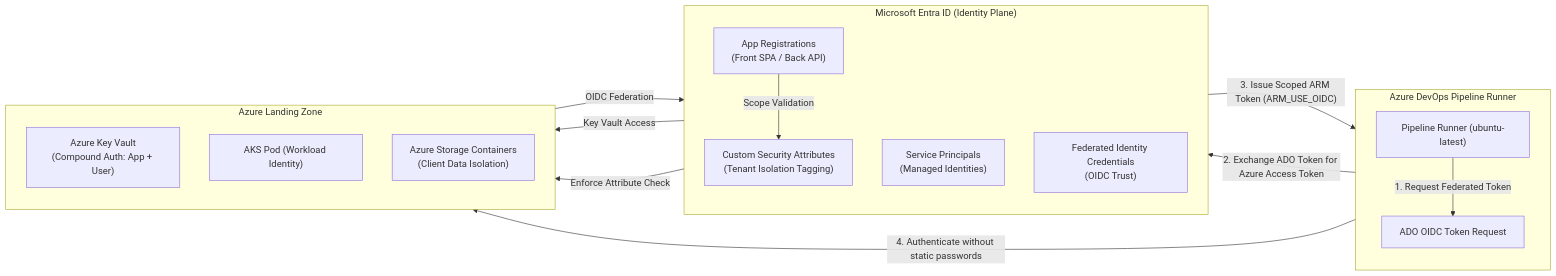
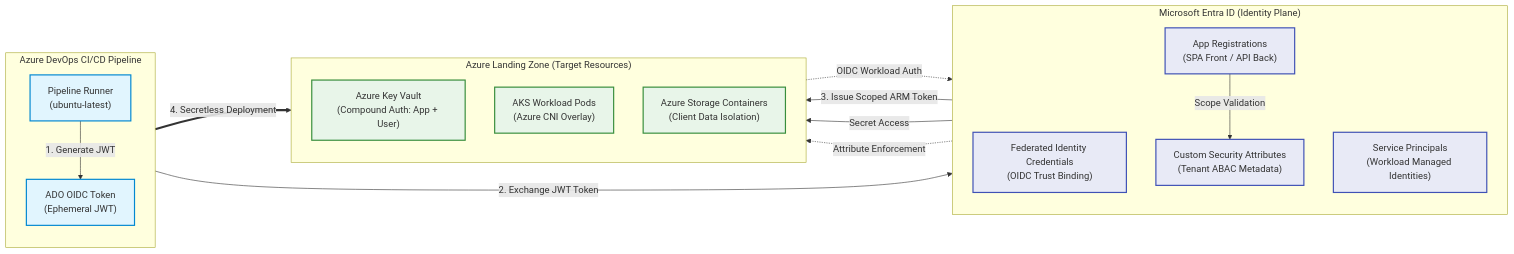
Before and after one commit to nubenetes/terraform-azure-devops-agentic: the fifth of 6 diagrams in README.md, drawn with Mermaid. The commit also changed other lines of this file, not shown here.

Commit message:
docs: resolve text clipping and word cutoffs across all README mermaid diagrams

````diff
--- a/README.md
+++ b/README.md
@@ -581,29 +599,40 @@
 ```mermaid
 flowchart LR
+    classDef entra fill:#e8eaf6,stroke:#3f51b5,stroke-width:2px;
+    classDef ado fill:#e1f5fe,stroke:#0288d1,stroke-width:2px;
+    classDef azure fill:#e8f5e9,stroke:#388e3c,stroke-width:2px;
+
+    subgraph ADO_Pipeline ["Azure DevOps CI/CD Pipeline"]
+        direction TB
+        Agent["Pipeline Runner<br/>(ubuntu-latest)"]
+        OIDCToken["ADO OIDC Token<br/>(Ephemeral JWT)"]
+        Agent -->|"1. Generate JWT"| OIDCToken
+    end
+
     subgraph Entra ["Microsoft Entra ID (Identity Plane)"]
         direction TB
-        AppReg["App Registrations<br/>(Front SPA / Back API)"]
-        SP["Service Principals<br/>(Managed Identities)"]
-        CSA["Custom Security Attributes<br/>(Tenant Isolation Tagging)"]
-        FedCred["Federated Identity Credentials<br/>(OIDC Trust)"]
+        FedCred["Federated Identity Credentials<br/>(OIDC Trust Binding)"]
+        SP["Service Principals<br/>(Workload Managed Identities)"]
+        AppReg["App Registrations<br/>(SPA Front / API Back)"]
+        CSA["Custom Security Attributes<br/>(Tenant ABAC Metadata)"]
+        AppReg -->|"Scope Validation"| CSA
     end
-    subgraph ADO_Pipeline ["Azure DevOps Pipeline Runner"]
-        direction TB
-        Agent["Pipeline Runner (ubuntu-latest)"]
-        OIDCToken["ADO OIDC Token Request"]
-    end
-    subgraph Azure_Resources ["Azure Landing Zone"]
+
+    subgraph Azure_Resources ["Azure Landing Zone (Target Resources)"]
         direction TB
         AKV["Azure Key Vault<br/>(Compound Auth: App + User)"]
-        AKS_Pod["AKS Pod (Workload Identity)"]
+        AKS_Pod["AKS Workload Pods<br/>(Azure CNI Overlay)"]
         Blob["Azure Storage Containers<br/>(Client Data Isolation)"]
     end
-    Agent -->|1. Request Federated Token| OIDCToken
-    OIDCToken -->|2. Exchange ADO Token for Azure Access Token| FedCred
-    FedCred -->|"3. Issue Scoped ARM Token (ARM_USE_OIDC)"| Agent
-    Agent -->|4. Authenticate without static passwords| AKV
-    AKS_Pod -->|OIDC Federation| SP
-    SP -->|Key Vault Access| AKV
-    AppReg -->|Scope Validation| CSA
-    CSA -->|Enforce Attribute Check| Blob
+
+    OIDCToken -->|"2. Exchange JWT Token"| FedCred
+    FedCred -->|"3. Issue Scoped ARM Token"| AKV
+    Agent ==>|"4. Secretless Deployment"| AKV
+    AKS_Pod -.->|"OIDC Workload Auth"| SP
+    SP -->|"Secret Access"| AKV
+    CSA -.->|"Attribute Enforcement"| Blob
+
+    class FedCred,SP,AppReg,CSA entra;
+    class Agent,OIDCToken ado;
+    class AKS_Pod,AKV,Blob azure;
 ```
````
